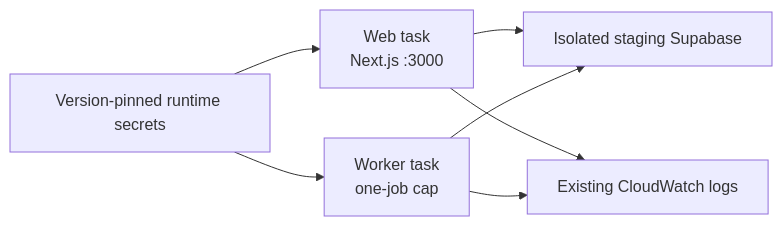
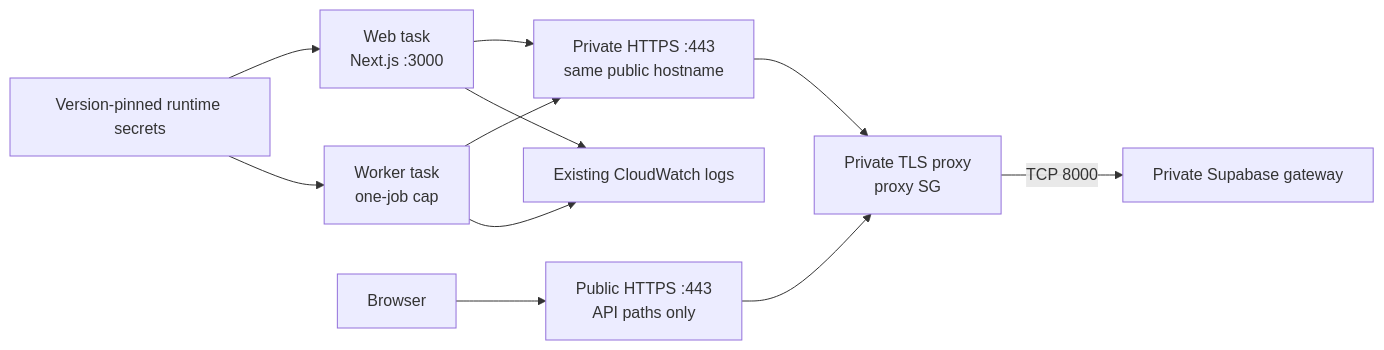
Before and after one commit to anantjain-xyz/wallie-dev: the diagram in docs/AWS-APP-TASK-DEFINITIONS.md, drawn with Mermaid. The commit also changed other lines of this file and 10 other files, not shown here.

First line of the commit message:
Align staging launch with self-hosted Supabase (#515)

````diff
--- a/docs/AWS-APP-TASK-DEFINITIONS.md
+++ b/docs/AWS-APP-TASK-DEFINITIONS.md
@@ -5,7 +5,10 @@
 ```mermaid
 flowchart LR
-    web[Web task<br/>Next.js :3000] --> db[Isolated staging Supabase]
-    worker[Worker task<br/>one-job cap] --> db
+    web[Web task<br/>Next.js :3000] --> tls[Private HTTPS :443<br/>same public hostname]
+    worker[Worker task<br/>one-job cap] --> tls
+    browser[Browser] --> public[Public HTTPS :443<br/>API paths only]
+    tls & public --> proxy[Private TLS proxy<br/>proxy SG]
+    proxy -->|TCP 8000| gateway[Private Supabase gateway]
     web & worker --> logs[Existing CloudWatch logs]
     secrets[Version-pinned runtime secrets] --> web & worker
 ```
````
